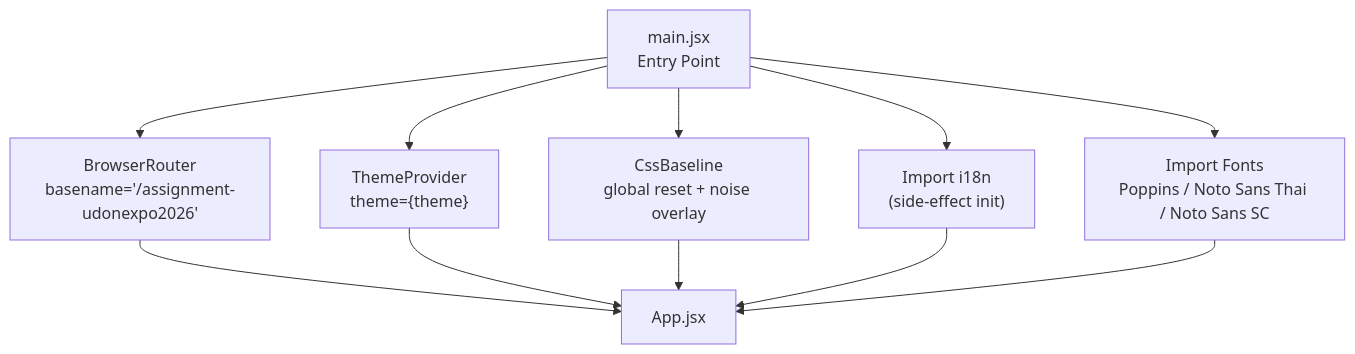
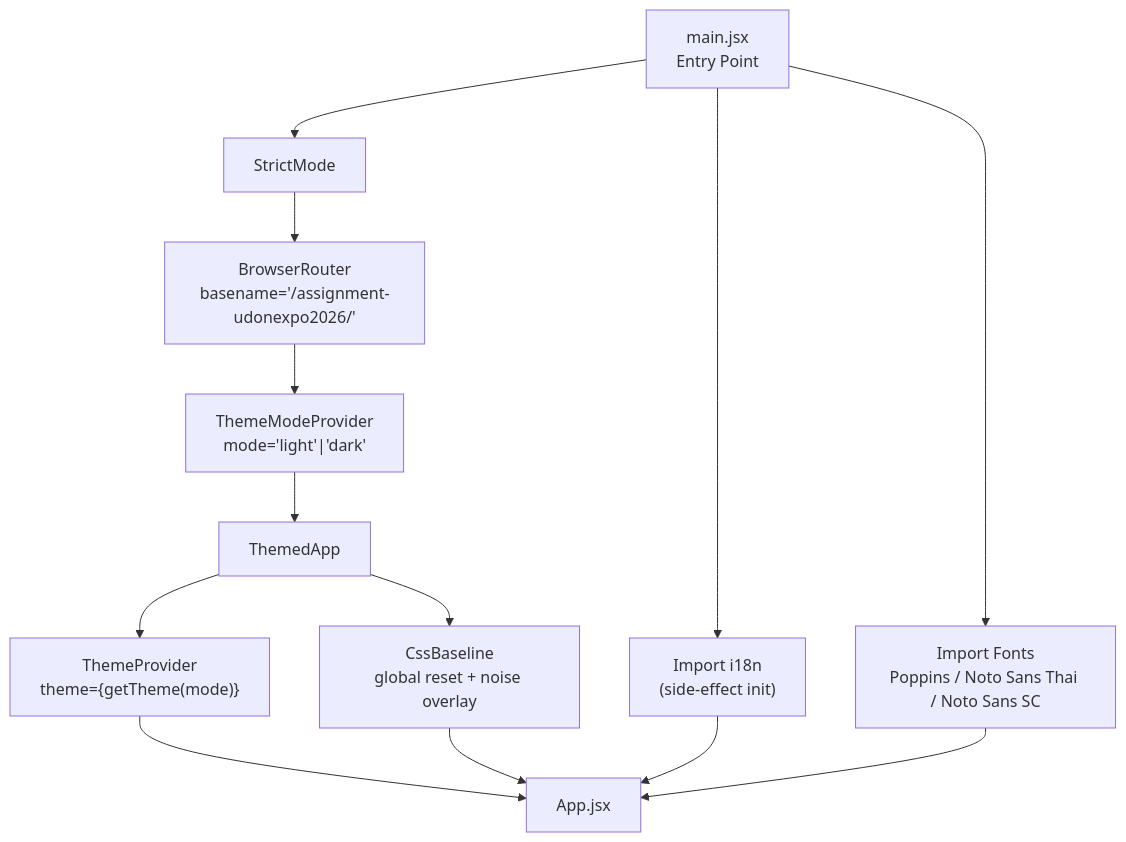
The first of 9 diagrams in FLOW.md (SolightzZ/assignment-udonexpo2026), drawn with Mermaid before and after one commit. The commit also changed other lines of this file and 39 other files, not shown here.

````diff
--- a/FLOW.md
+++ b/FLOW.md
@@ -3,13 +3,15 @@
 ```mermaid
 flowchart TD
     A["main.jsx<br/>Entry Point"] --> B["Import i18n<br/>(side-effect init)"]
     A --> C["Import Fonts<br/>Poppins / Noto Sans Thai / Noto Sans SC"]
-    A --> D["BrowserRouter<br/>basename='/assignment-udonexpo2026'"]
-    A --> E["ThemeProvider<br/>theme={theme}"]
-    A --> F["CssBaseline<br/>global reset + noise overlay"]
-    D --> G["App.jsx"]
-    E --> G
-    F --> G
-    B --> G
-    C --> G
+    A --> D["StrictMode"]
+    D --> E["BrowserRouter<br/>basename='/assignment-udonexpo2026/'"]
+    E --> F["ThemeModeProvider<br/>mode='light'|'dark'"]
+    F --> G["ThemedApp"]
+    G --> G1["ThemeProvider<br/>theme={getTheme(mode)}"]
+    G --> G2["CssBaseline<br/>global reset + noise overlay"]
+    G1 --> H["App.jsx"]
+    G2 --> H
+    B --> H
+    C --> H
 ```
````
